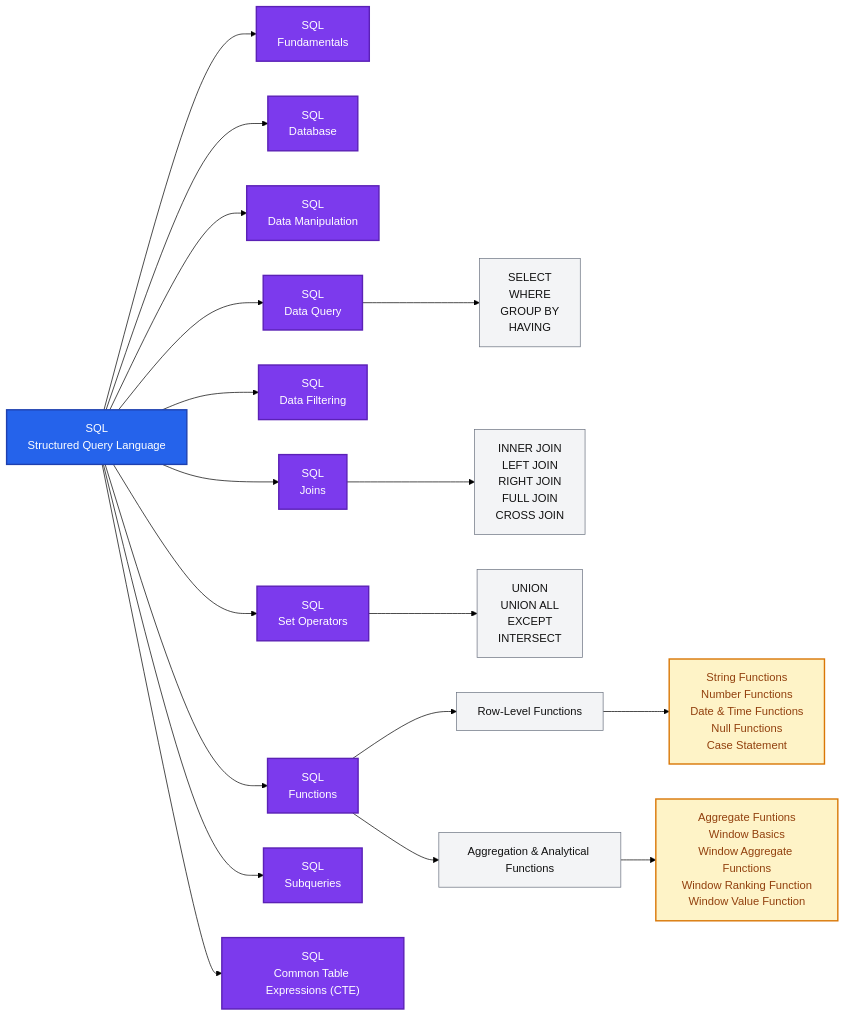
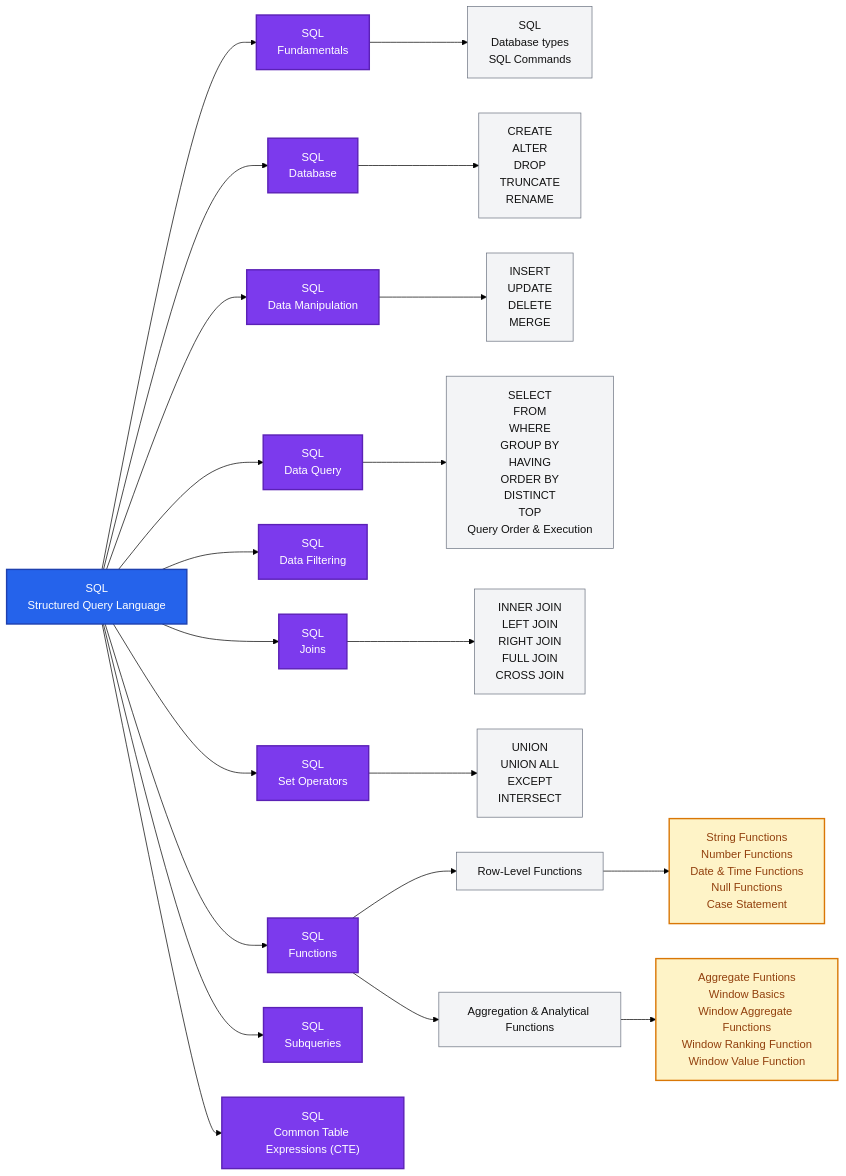
The first of 2 diagrams in README.md (rosa-lpz/sql), drawn with Mermaid (forest theme) before and after one commit.

Commit message:
General Overview flowchart - Addition of elements
General Overview flowchart - Addition of elements:
Fundamentals --> FundamentalsElements["SQL<br/>Database types<br/>SQL Commands"]
Database-->DatabaseElements["CREATE<br/>ALTER<br/>DROP<br/>TRUNCATE<br/>RENAME"]
DataManipulation-->DataMapElements["INSERT<br/>UPDATE<br/>DELETE<br/>MERGE"]
DataQuery-->QueryElements["SELECT<br/>FROM<br/>WHERE<br/>GROUP BY<br/>HAVING<br/>ORDER BY<br/>DISTINCT<br/>TOP<br/>Query Order & Execution"]

````diff
--- a/README.md
+++ b/README.md
@@ -27,33 +27,36 @@
 ```mermaid
 flowchart LR
 SQL["SQL<br/>Structured Query Language"]
 SQL --> Fundamentals["SQL<br/>Fundamentals"]
 SQL --> Database["SQL<br/>Database"]
 SQL --> DataManipulation["SQL<br/>Data Manipulation"]
 SQL --> DataQuery["SQL<br/>Data Query"]
 SQL --> DataFiltering["SQL<br/>Data Filtering"]
 SQL --> Joins["SQL<br/>Joins"]
 SQL --> SetOps["SQL<br/>Set Operators"]
 SQL --> Functions["SQL<br/>Functions"]
 SQL --> Subqueries["SQL<br/>Subqueries"]
 SQL --> CTE["SQL<br/>Common Table Expressions (CTE)"]
 
-DataQuery-->QueryElements["SELECT<br/>WHERE<br/>GROUP BY<br/>HAVING"]
+Fundamentals --> FundamentalsElements["SQL<br/>Database types<br/>SQL Commands"]
+Database-->DatabaseElements["CREATE<br/>ALTER<br/>DROP<br/>TRUNCATE<br/>RENAME"]
+DataManipulation-->DataMapElements["INSERT<br/>UPDATE<br/>DELETE<br/>MERGE"]
+DataQuery-->QueryElements["SELECT<br/>FROM<br/>WHERE<br/>GROUP BY<br/>HAVING<br/>ORDER BY<br/>DISTINCT<br/>TOP<br/>Query Order & Execution"]
 Joins-->JoinsElements["INNER JOIN<br/>LEFT JOIN<br/>RIGHT JOIN<br/>FULL JOIN<br/>CROSS JOIN"]
 SetOps-->SetOpsElements["UNION<br/>UNION ALL<br/>EXCEPT<br/>INTERSECT"]
 Functions-->RowLevelFunctions["Row-Level Functions"]
 Functions-->AggrAnalyticalFunctions["Aggregation & Analytical Functions"]
 RowLevelFunctions-->RowLevFElm["String Functions<br/>Number Functions<br/>Date & Time Functions<br/>Null Functions<br/>Case Statement"]
 AggrAnalyticalFunctions-->AggrAnalyticalFElm["Aggregate Funtions<br/>Window Basics<br/>Window Aggregate Functions<br/>Window Ranking Function<br/>Window Value Function"]
 
 
 classDef sql fill:#2563eb,color:#fff,stroke:#1e40af,stroke-width:2px
 classDef category fill:#7c3aed,color:#fff,stroke:#5b21b6,stroke-width:2px
 classDef command fill:#f3f4f6,color:#111,stroke:#6b7280
 classDef logic fill:#fef3c7,color:#92400e,stroke:#d97706,stroke-width:2px
 
 class SQL sql
 class Fundamentals,Database,DataManipulation,DataQuery,DataFiltering,Joins,SetOps,Functions,Subqueries,CTE category
-class DataElements,QueryElements,JoinsElements,SetOpsElements,RowLevelFunctions,AggrAnalyticalFunctions command
+class FundamentalsElements,DatabaseElements,DataMapElements,QueryElements,JoinsElements,SetOpsElements,RowLevelFunctions,AggrAnalyticalFunctions command
 class RowLevFElm,AggrAnalyticalFElm logic
 ```
````
